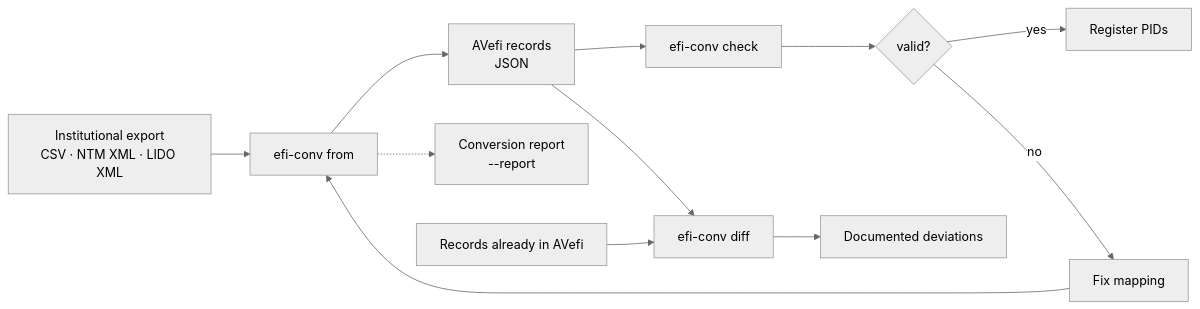
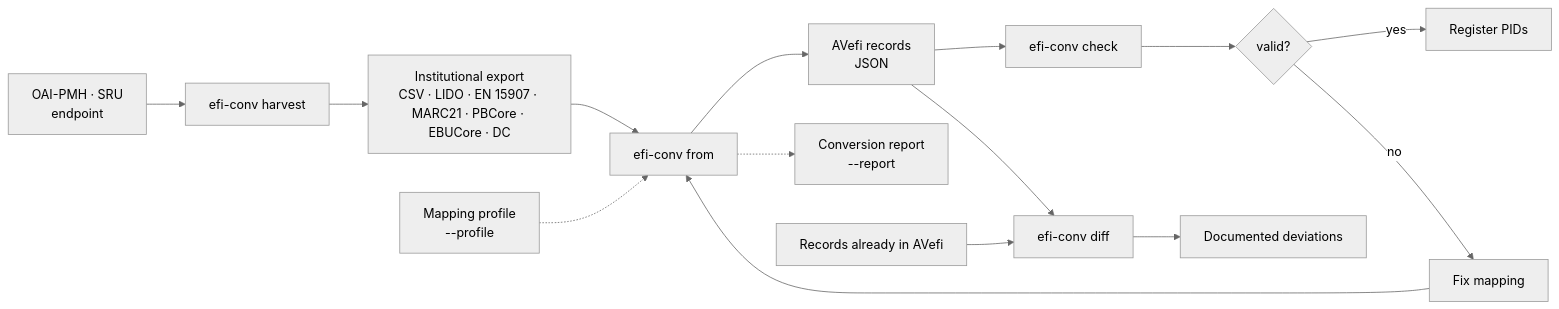
The first of 3 diagrams in README.md (andreaskasper/avefi-converter), drawn with Mermaid (neutral theme) before and after one commit. The commit also changed other lines of this file and 2 other files, not shown here.

````diff
--- a/README.md
+++ b/README.md
@@ -40,14 +41,17 @@
 ```mermaid
 flowchart LR
-    A[Institutional export<br/>CSV · NTM XML · LIDO XML] --> B[efi-conv from]
+    O[OAI-PMH · SRU<br/>endpoint] --> N[efi-conv harvest]
+    N --> A
+    A[Institutional export<br/>CSV · LIDO · EN 15907 · MARC21 · PBCore · EBUCore · DC] --> B[efi-conv from]
+    P[Mapping profile<br/>--profile] -.-> B
     B --> C[AVefi records<br/>JSON]
     B -.-> R[Conversion report<br/>--report]
     C --> D[efi-conv check]
     D --> E{valid?}
     E -->|yes| F[Register PIDs]
     E -->|no| G[Fix mapping]
     G --> B
     C --> H[efi-conv diff]
     I[Records already in AVefi] --> H
     H --> J[Documented deviations]
 ```
````
